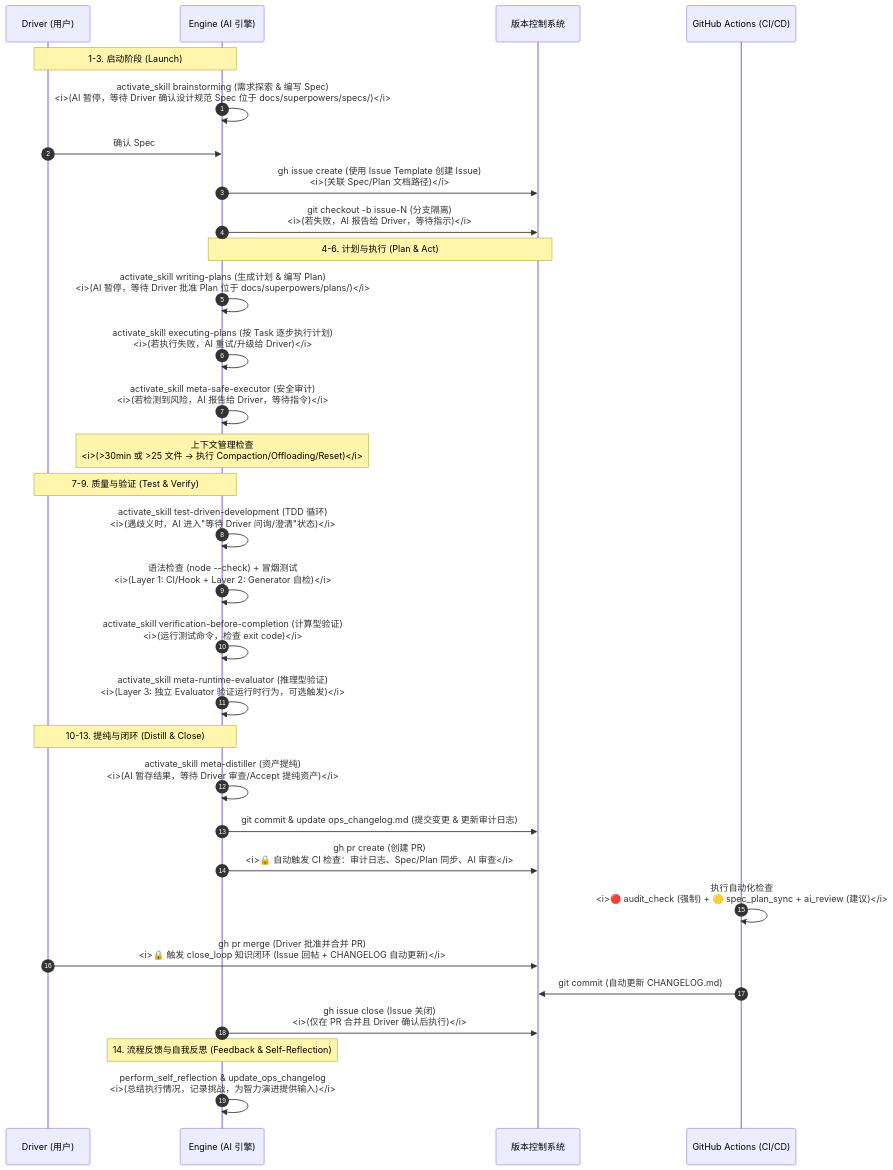
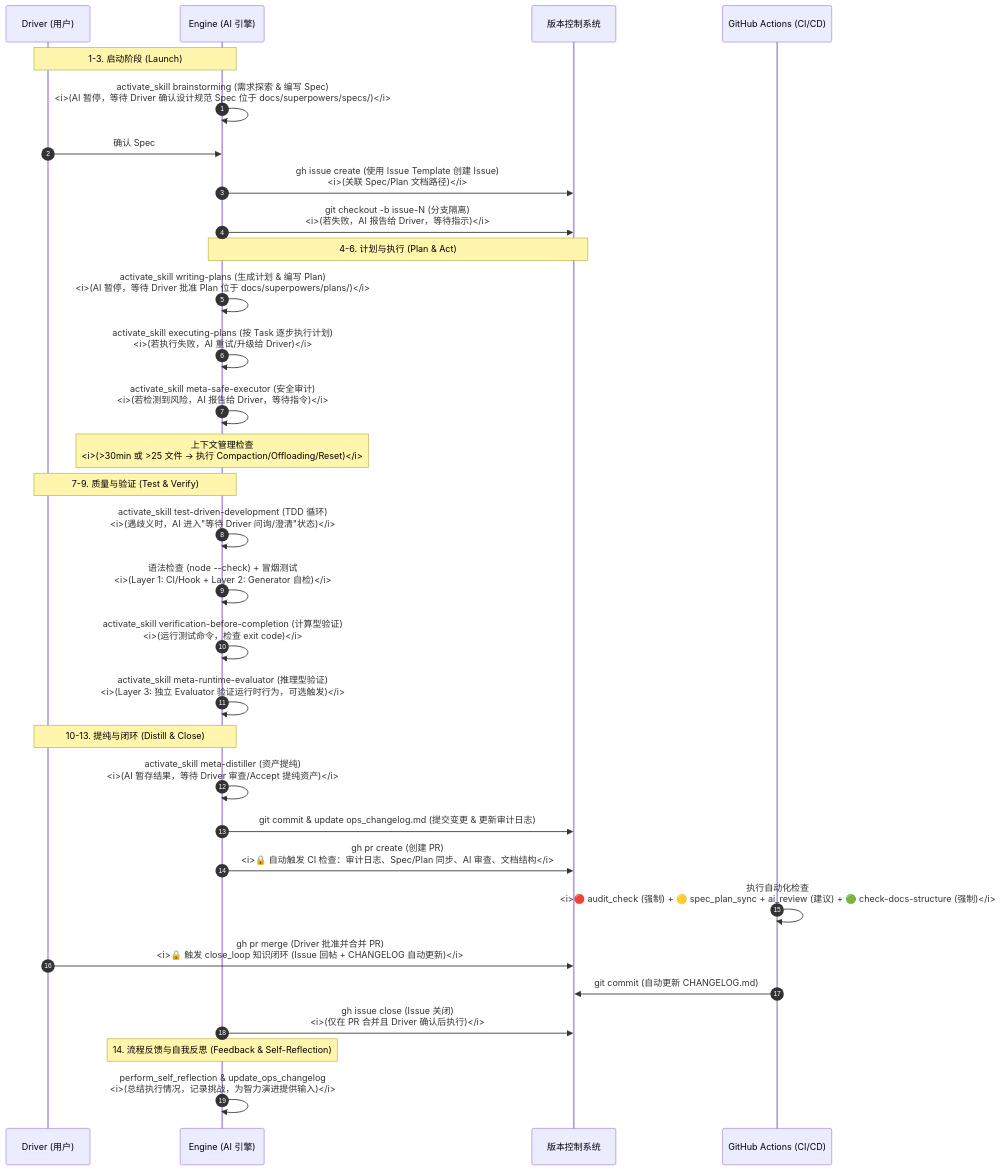
One commit to catx1726/AYDrivenDevelopment changed the diagram in docs/superpowers/lifecycle.md. Above: the diagram before and after it, drawn with Mermaid. The commit also changed 2 other files, not shown here.

Commit message:
docs: 补全引导文档遗漏的最新资产引用
- AGENTS.md: 增加合规检查、技能同步脚本的索引和快速参考
- lifecycle.md: CI 检查中标注 check-docs-structure
- tips.md: 增加技能同步使用说明和合规检查快速参考

````diff
--- a/docs/superpowers/lifecycle.md
+++ b/docs/superpowers/lifecycle.md
@@ -5,38 +5,38 @@
 ```mermaid
 sequenceDiagram
     autonumber
     participant D as Driver (用户)
     participant AI as Engine (AI 引擎)
     participant VCS as 版本控制系统
     participant CI as GitHub Actions (CI/CD)
 
     Note over D, AI: 1-3. 启动阶段 (Launch)
     AI->>AI: activate_skill brainstorming (需求探索 & 编写 Spec)<br/><i>(AI 暂停，等待 Driver 确认设计规范 Spec 位于 docs/superpowers/specs/)</i>
     D->>AI: 确认 Spec
     AI->>VCS: gh issue create (使用 Issue Template 创建 Issue)<br/><i>(关联 Spec/Plan 文档路径)</i>
     AI->>VCS: git checkout -b issue-N (分支隔离)<br/><i>(若失败，AI 报告给 Driver，等待指示)</i>
 
     Note over AI, VCS: 4-6. 计划与执行 (Plan & Act)
     AI->>AI: activate_skill writing-plans (生成计划 & 编写 Plan)<br/><i>(AI 暂停，等待 Driver 批准 Plan 位于 docs/superpowers/plans/)</i>
     AI->>AI: activate_skill executing-plans (按 Task 逐步执行计划)<br/><i>(若执行失败，AI 重试/升级给 Driver)</i>
     AI->>AI: activate_skill meta-safe-executor (安全审计)<br/><i>(若检测到风险，AI 报告给 Driver，等待指令)</i>
     Note over AI: 上下文管理检查<br/><i>(>30min 或 >25 文件 → 执行 Compaction/Offloading/Reset)</i>
 
     Note over AI, D: 7-9. 质量与验证 (Test & Verify)
     AI->>AI: activate_skill test-driven-development (TDD 循环)<br/><i>(遇歧义时，AI 进入"等待 Driver 问询/澄清"状态)</i>
     AI->>AI: 语法检查 (node --check) + 冒烟测试<br/><i>(Layer 1: CI/Hook + Layer 2: Generator 自检)</i>
     AI->>AI: activate_skill verification-before-completion (计算型验证)<br/><i>(运行测试命令，检查 exit code)</i>
     AI->>AI: activate_skill meta-runtime-evaluator (推理型验证)<br/><i>(Layer 3: 独立 Evaluator 验证运行时行为，可选触发)</i>
 
     Note over AI, D: 10-13. 提纯与闭环 (Distill & Close)
     AI->>AI: activate_skill meta-distiller (资产提纯)<br/><i>(AI 暂存结果，等待 Driver 审查/Accept 提纯资产)</i>
     AI->>VCS: git commit & update ops_changelog.md (提交变更 & 更新审计日志)
-    AI->>VCS: gh pr create (创建 PR)<br/><i>🔒 自动触发 CI 检查：审计日志、Spec/Plan 同步、AI 审查</i>
-    CI->>CI: 执行自动化检查<br/><i>🔴 audit_check (强制) + 🟡 spec_plan_sync + ai_review (建议)</i>
+    AI->>VCS: gh pr create (创建 PR)<br/><i>🔒 自动触发 CI 检查：审计日志、Spec/Plan 同步、AI 审查、文档结构</i>
+    CI->>CI: 执行自动化检查<br/><i>🔴 audit_check (强制) + 🟡 spec_plan_sync + ai_review (建议) + 🟢 check-docs-structure (强制)</i>
     D->>VCS: gh pr merge (Driver 批准并合并 PR)<br/><i>🔒 触发 close_loop 知识闭环 (Issue 回帖 + CHANGELOG 自动更新)</i>
     CI->>VCS: git commit (自动更新 CHANGELOG.md)
     AI->>VCS: gh issue close (Issue 关闭)<br/><i>(仅在 PR 合并且 Driver 确认后执行)</i>
 
     Note over AI: 14. 流程反馈与自我反思 (Feedback & Self-Reflection)
     AI->>AI: perform_self_reflection & update_ops_changelog<br/><i>(总结执行情况，记录挑战，为智力演进提供输入)</i>
 ```
````
